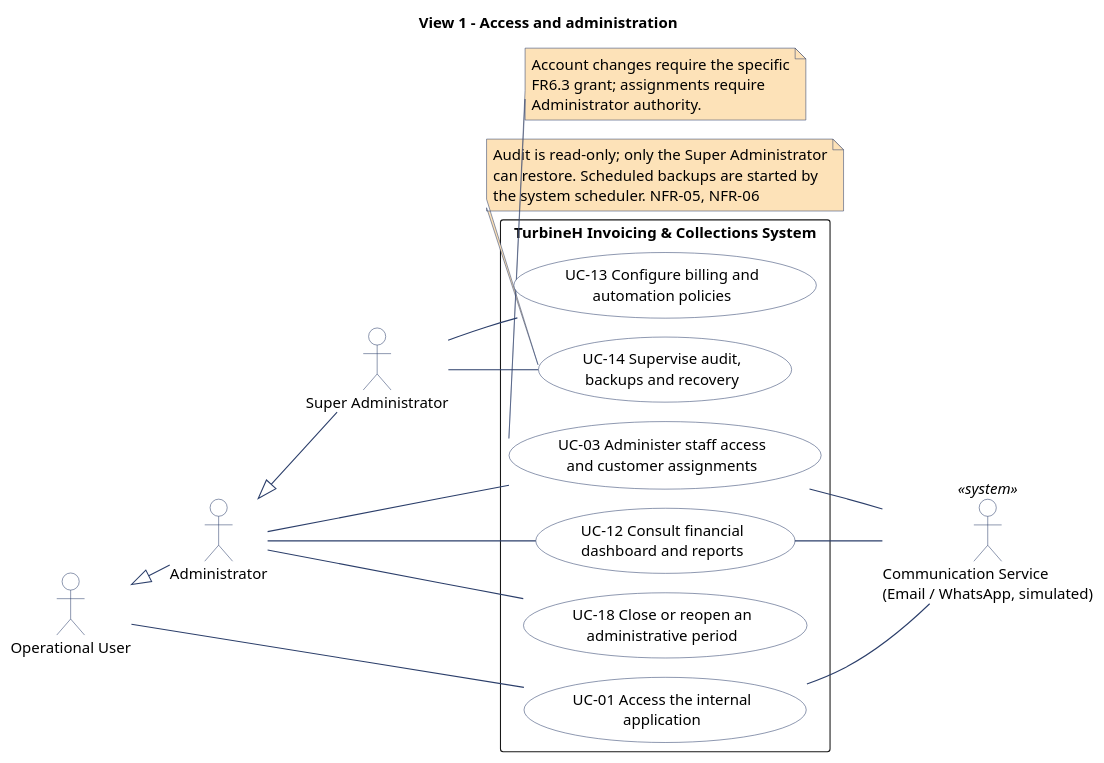
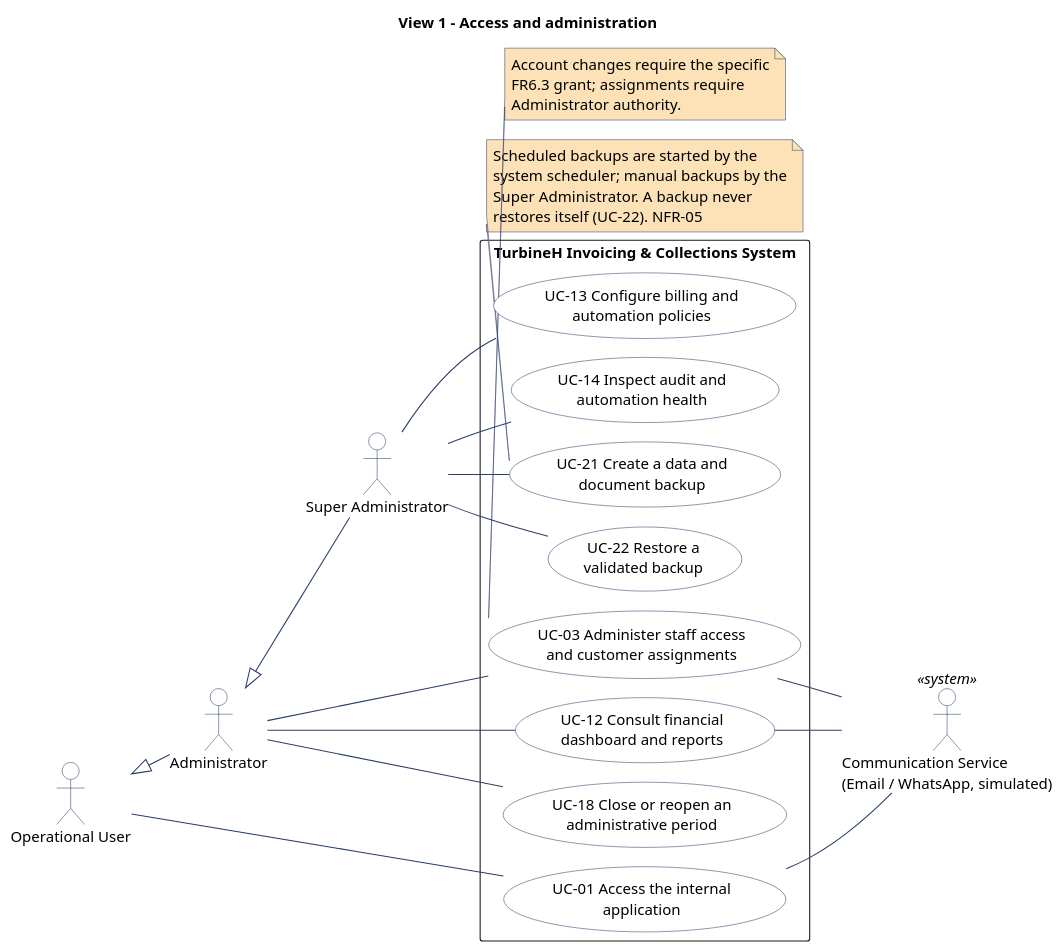
One commit to atrevete-adap/adap-project changed the second of 5 diagrams in doc/src/use-case-diagram.pu. Above: the diagram before and after it, drawn with PlantUML. The commit also changed other lines of this file and 5 other files, not shown here.

First line of the commit message:
docs: sync the use case diagram with the 22 contracts of #59

```diff
--- a/doc/src/use-case-diagram.pu
+++ b/doc/src/use-case-diagram.pu
@@ -102,66 +114,71 @@
 @startuml use-case-diagram-1-administration
 !pragma layout smetana
 left to right direction
 skinparam shadowing false
 skinparam packageStyle rectangle
 skinparam defaultFontName SansSerif
 skinparam defaultFontSize 14
 skinparam backgroundColor #FFFFFF
 skinparam usecase {
   BackgroundColor #FFFFFF
   BorderColor #2B3E6A
   FontColor #000000
 }
 skinparam actor {
   BackgroundColor #FFFFFF
   BorderColor #2B3E6A
   FontColor #000000
 }
 skinparam note {
   BackgroundColor #FDE2B8
   BorderColor #2B3E6A
 }
 skinparam arrow {
   Color #2B3E6A
 }
 title View 1 - Access and administration
 
 actor "Operational User" as OpUser
 actor "Administrator" as Admin
 actor "Super Administrator" as SuperAdmin
 actor "Communication Service\n(Email / WhatsApp, simulated)" as CommSrv <<system>>
 
 rectangle "TurbineH Invoicing & Collections System" {
   usecase "UC-01 Access the internal\napplication" as UC01
   usecase "UC-03 Administer staff access\nand customer assignments" as UC03
   usecase "UC-12 Consult financial\ndashboard and reports" as UC12
   usecase "UC-13 Configure billing and\nautomation policies" as UC13
-  usecase "UC-14 Supervise audit,\nbackups and recovery" as UC14
+  usecase "UC-14 Inspect audit and\nautomation health" as UC14
   usecase "UC-18 Close or reopen an\nadministrative period" as UC18
+  usecase "UC-21 Create a data and\ndocument backup" as UC21
+  usecase "UC-22 Restore a\nvalidated backup" as UC22
 }
 
 OpUser <|-- Admin
 Admin <|-- SuperAdmin
 OpUser -- UC01
 Admin -- UC03
 Admin -- UC12
 Admin -- UC18
 SuperAdmin -- UC13
 SuperAdmin -- UC14
+SuperAdmin -- UC21
+SuperAdmin -- UC22
 UC01 -- CommSrv
 UC03 -- CommSrv
 UC12 -- CommSrv
 
-note bottom of UC14
-  Audit is read-only; only the Super Administrator
-  can restore. Scheduled backups are started by
-  the system scheduler. NFR-05, NFR-06
+note bottom of UC21
+  Scheduled backups are started by the
+  system scheduler; manual backups by the
+  Super Administrator. A backup never
+  restores itself (UC-22). NFR-05
 end note
 
 note bottom of UC03
   Account changes require the specific
   FR6.3 grant; assignments require
   Administrator authority.
 end note
 
 @enduml
```
